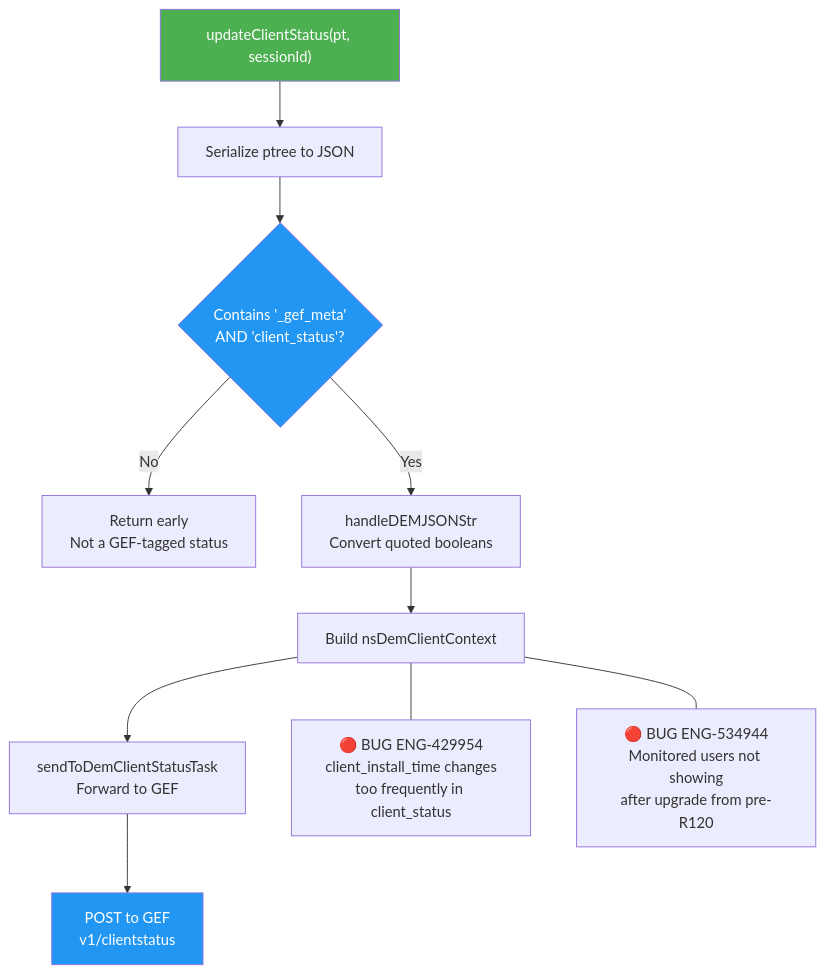
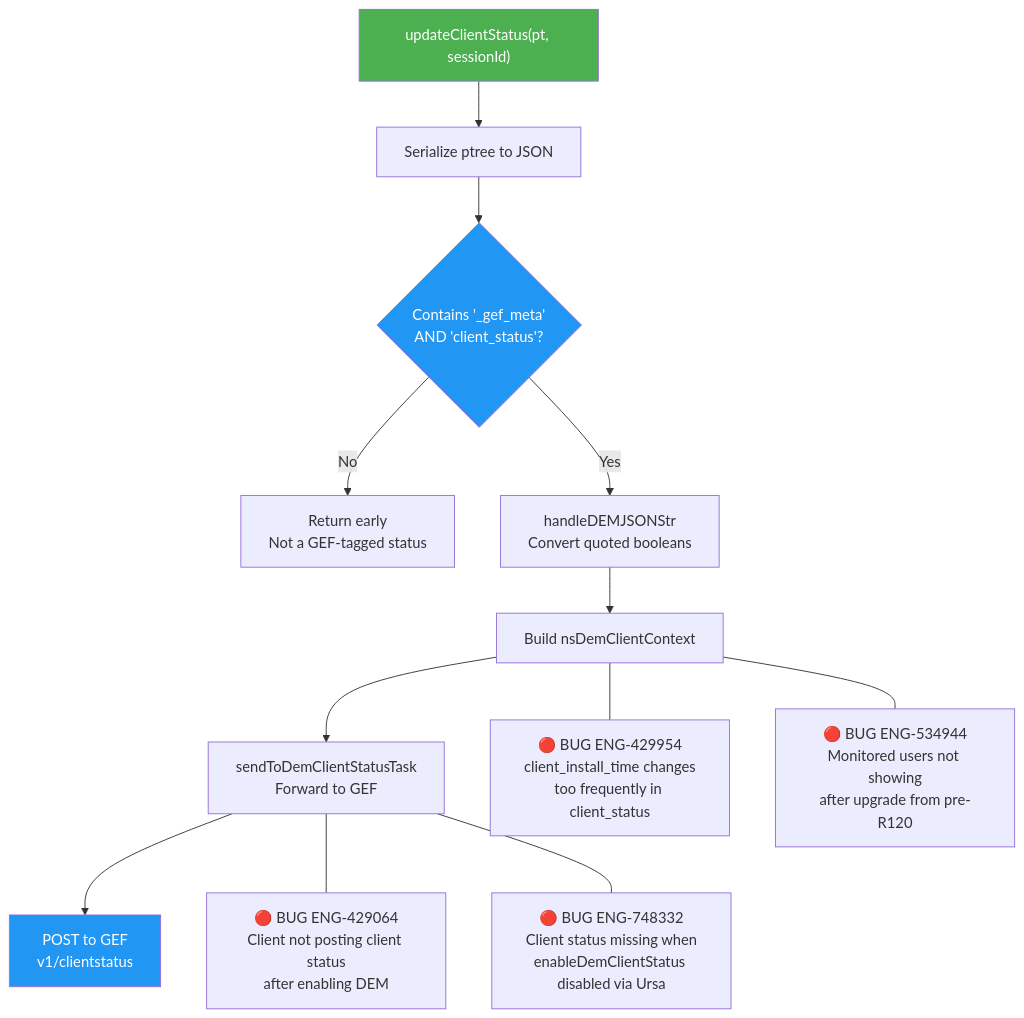
One commit to ns-klin/endpoint_system_test_plan changed the eighth of 14 diagrams in chapters/16_dem.md. Above: the diagram before and after it, drawn with Mermaid. The commit also changed other lines of this file and 26 other files, not shown here.

First line of the commit message:
Add 87 bugs from Excel enrichment and integrate into mermaid diagrams

````diff
--- a/chapters/16_dem.md
+++ b/chapters/16_dem.md
@@ -396,21 +433,25 @@
 ```mermaid
 flowchart TD
     UCS["updateClientStatus(pt, sessionId)"] --> SER["Serialize ptree to JSON"]
     SER --> GEF_CHK{Contains '_gef_meta'<br/>AND 'client_status'?}
 
     GEF_CHK -->|No| DROP["Return early<br/>Not a GEF-tagged status"]
     GEF_CHK -->|Yes| FIX_BOOL["handleDEMJSONStr<br/>Convert quoted booleans"]
     FIX_BOOL --> CTX["Build nsDemClientContext"]
     CTX --> SEND["sendToDemClientStatusTask<br/>Forward to GEF"]
     SEND --> POST["POST to GEF<br/>v1/clientstatus"]
 
     BUG_429954["🔴 BUG ENG-429954<br/>client_install_time changes<br/>too frequently in client_status"]
     BUG_534944["🔴 BUG ENG-534944<br/>Monitored users not showing<br/>after upgrade from pre-R120"]
+    BUG_429064["🔴 BUG ENG-429064<br/>Client not posting client status<br/>after enabling DEM"]
+    BUG_748332["🔴 BUG ENG-748332<br/>Client status missing when<br/>enableDemClientStatus disabled via Ursa"]
 
     CTX --- BUG_429954
     CTX --- BUG_534944
+    SEND --- BUG_429064
+    SEND --- BUG_748332
 
     style UCS fill:#4CAF50,color:#fff
     style GEF_CHK fill:#2196F3,color:#fff
     style POST fill:#2196F3,color:#fff
 ```
````
